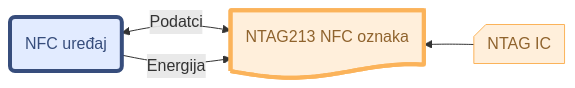
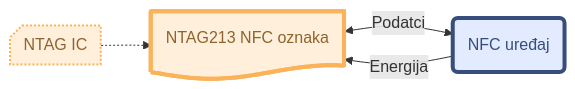
The diagram in docs/index_hr.md (fscek/moj-zet-app-guide), drawn with Mermaid before and after one commit. The commit also changed 1 other file, not shown here.

Commit message:
[CHORE] - Change diagram layout

````diff
--- a/docs/index_hr.md
+++ b/docs/index_hr.md
@@ -225,19 +225,20 @@
 ```mermaid
-graph RL;
+graph LR;
     accTitle: Komunikacija između NTAG213 NFC oznake i uređaja s NFC podrškom
     accDescr: Prikazuje razmjenu energije i podataka između NTAG213 NFC oznake i uređaja s NFC podrškom
-    NTAGIC["NTAG IC"] --> NTAG213["NTAG213 NFC oznaka"]
+    NTAGIC["NTAG IC"] -.-> NTAG213["NTAG213 NFC oznaka"]
     NFCDevice["NFC uređaj"] -- Energija --> NTAG213
     NTAG213 <-- Podatci --> NFCDevice
 
     NTAGIC@{ shape: card}
     NTAG213@{ shape: document}
     NFCDevice@{ shape: rounded}
      NTAGIC:::Peach
      NTAG213:::Peach
      NFCDevice:::Sky
     classDef Sky stroke-width:1px, stroke-dasharray:none, stroke:#374D7C, fill:#E2EBFF, color:#374D7C
     classDef Peach stroke-width:1px, stroke-dasharray:none, stroke:#FBB35A, fill:#FFEFDB, color:#8F632D
+    style NTAGIC stroke-width:2px,stroke-dasharray: 2
     style NTAG213 stroke-width:4px,stroke-dasharray: 0
     style NFCDevice stroke-width:4px,stroke-dasharray: 0
 ```
````
